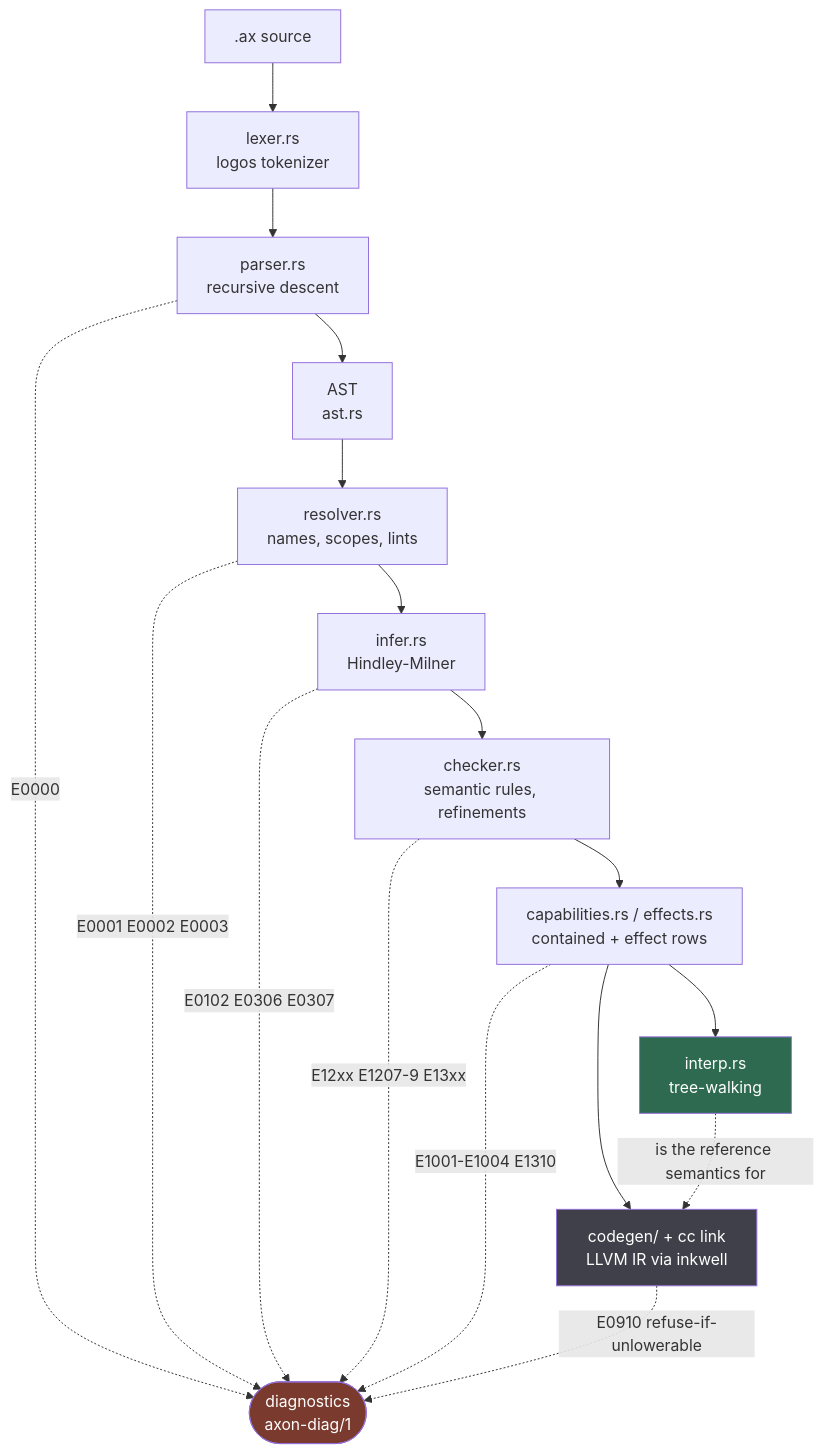
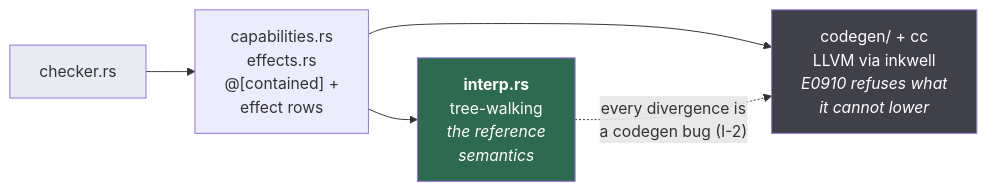
The second of 4 diagrams in ARCHITECTURE.md (Cklaus1/axon), drawn with Mermaid before and after one commit. The commit also changed other lines of this file and 1 other file, not shown here.

````diff
--- a/ARCHITECTURE.md
+++ b/ARCHITECTURE.md
@@ -57,25 +65,10 @@
 ```mermaid
-flowchart TD
-    SRC[".ax source"] --> LEX["lexer.rs<br/>logos tokenizer"]
-    LEX --> PAR["parser.rs<br/>recursive descent"]
-    PAR --> AST["AST<br/>ast.rs"]
-    AST --> RES["resolver.rs<br/>names, scopes, lints"]
-    RES --> INF["infer.rs<br/>Hindley-Milner"]
-    INF --> CHK["checker.rs<br/>semantic rules, refinements"]
-    CHK --> CAP["capabilities.rs / effects.rs<br/>contained + effect rows"]
-    CAP --> INTERP["interp.rs<br/>tree-walking"]
-    CAP --> CODEGEN["codegen/ + cc link<br/>LLVM IR via inkwell"]
-    INTERP -. "is the reference semantics for" .-> CODEGEN
-
-    PAR -. "E0000" .-> D[ ]
-    RES -. "E0001 E0002 E0003" .-> D
-    INF -. "E0102 E0306 E0307" .-> D
-    CHK -. "E12xx E1207-9 E13xx" .-> D
-    CAP -. "E1001-E1004 E1310" .-> D
-    CODEGEN -. "E0910 refuse-if-unlowerable" .-> D
-    D(["diagnostics<br/>axon-diag/1"])
-
+flowchart LR
+    CHK["checker.rs"] --> CAP["capabilities.rs<br/>effects.rs<br/>@[contained] +<br/>effect rows"]
+    CAP --> INTERP["<b>interp.rs</b><br/>tree-walking<br/><i>the reference<br/>semantics</i>"]
+    CAP --> CODEGEN["codegen/ + cc<br/>LLVM via inkwell<br/><i>E0910 refuses what<br/>it cannot lower</i>"]
+    INTERP -. "every divergence is<br/>a codegen bug (I-2)" .-> CODEGEN
     style INTERP fill:#2d6a4f,color:#fff
     style CODEGEN fill:#40404a,color:#fff
-    style D fill:#7a3b2e,color:#fff
+    style CHK fill:#e8ecf2
 ```
````
